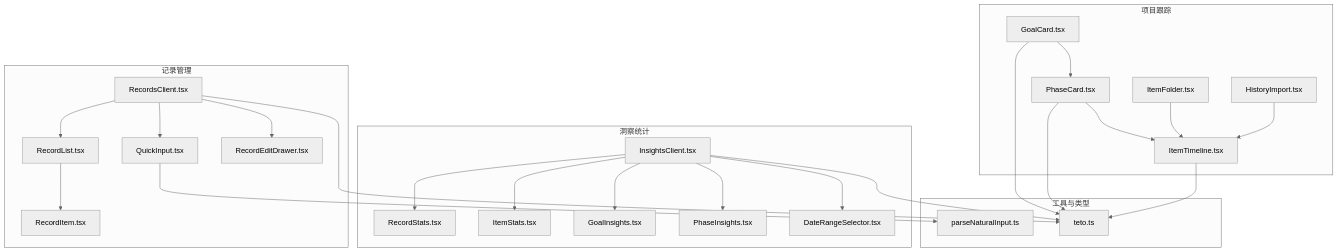
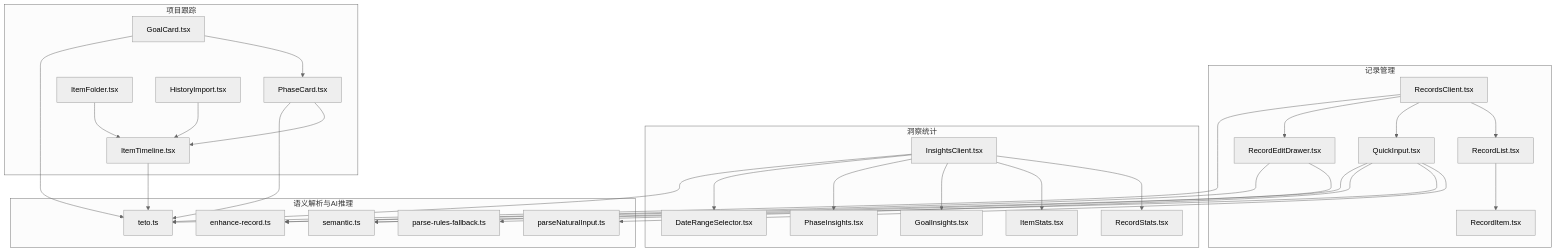
One commit to bbong1234/TETO changed the first of 4 diagrams in .qoder/repowiki/zh/content/UI组件系统/业务组件.md. Above: the diagram before and after it, drawn with Mermaid (neutral theme). The commit also changed other lines of this file and 10 other files, not shown here.

````diff
--- a/.qoder/repowiki/zh/content/UI组件系统/业务组件.md
+++ b/.qoder/repowiki/zh/content/UI组件系统/业务组件.md
@@ -46,47 +49,55 @@
 ```mermaid
 graph TB
 subgraph "记录管理"
 RC["RecordsClient.tsx"]
 RL["RecordList.tsx"]
 RI["RecordItem.tsx"]
 QI["QuickInput.tsx"]
 RED["RecordEditDrawer.tsx"]
 end
 subgraph "洞察统计"
 IC["InsightsClient.tsx"]
 RS["RecordStats.tsx"]
 IS["ItemStats.tsx"]
 GI["GoalInsights.tsx"]
 PI["PhaseInsights.tsx"]
 DR["DateRangeSelector.tsx"]
 end
 subgraph "项目跟踪"
 GC["GoalCard.tsx"]
 PC["PhaseCard.tsx"]
 IT["ItemTimeline.tsx"]
 IF["ItemFolder.tsx"]
 HI["HistoryImport.tsx"]
 end
-subgraph "工具与类型"
+subgraph "语义解析与AI推理"
+SEM["semantic.ts"]
+PF["parse-rules-fallback.ts"]
+ER["enhance-record.ts"]
 PNI["parseNaturalInput.ts"]
 TETOT["teto.ts"]
 end
 RC --> RL --> RI
 RC --> QI
 RC --> RED
 IC --> RS
 IC --> IS
 IC --> GI
 IC --> PI
 IC --> DR
 GC --> PC
 PC --> IT
 IF --> IT
 HI --> IT
 QI --> PNI
+QI --> SEM
+QI --> PF
+QI --> ER
+RED --> SEM
+RED --> ER
 RC --> TETOT
 IC --> TETOT
 GC --> TETOT
 PC --> TETOT
 IT --> TETOT
 ```
````
